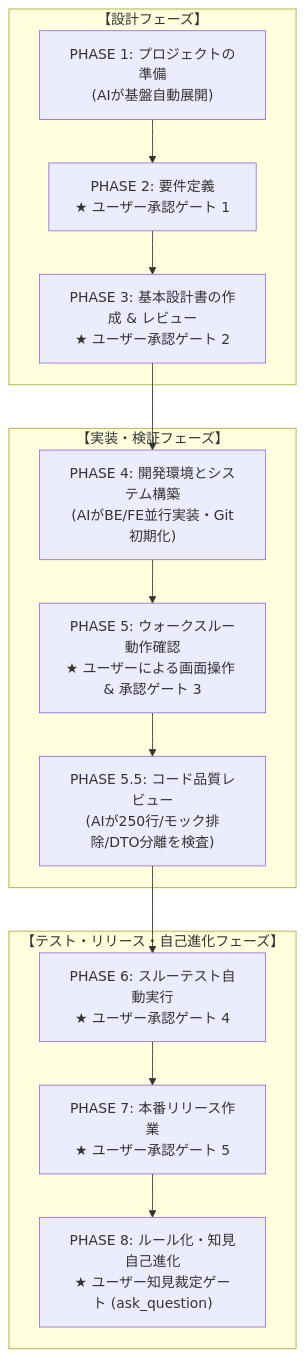
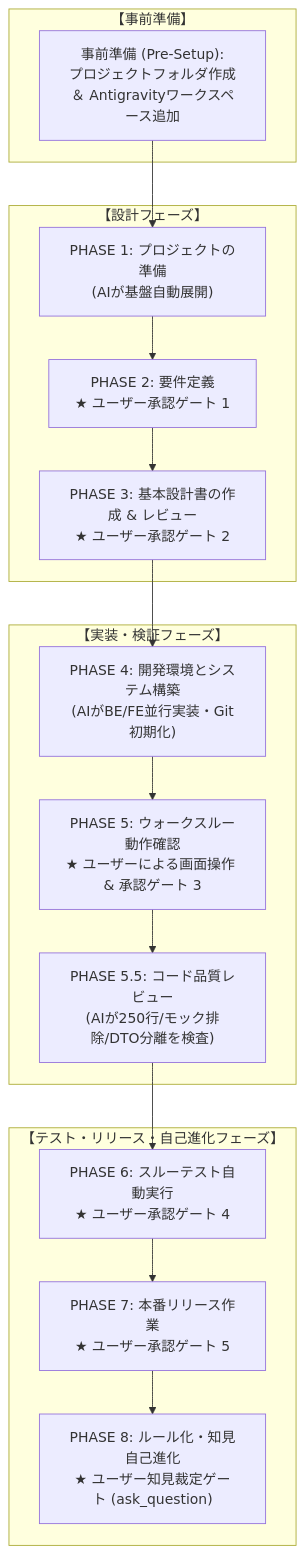
Before and after one commit to LeoPanda/template: the first of 2 diagrams in docs/設計書/Current/AI駆動システム開発手順書V2.4.md, drawn with Mermaid. The commit also changed other lines of this file and 4 other files, not shown here.

````diff
--- a/docs/設計書/Current/AI駆動システム開発手順書V2.4.md
+++ b/docs/設計書/Current/AI駆動システム開発手順書V2.4.md
@@ -41,22 +41,26 @@
 ```mermaid
 flowchart TD
+    subgraph P0_Sub["【事前準備】"]
+        P0["事前準備 (Pre-Setup):<br/>プロジェクトフォルダ作成<br/>＆ Antigravityワークスペース追加"]
+    end
+
     subgraph P1_3["【設計フェーズ】"]
         P1["PHASE 1: プロジェクトの準備<br/>(AIが基盤自動展開)"]
         P2["PHASE 2: 要件定義<br/>★ ユーザー承認ゲート 1"]
         P3["PHASE 3: 基本設計書の作成 & レビュー<br/>★ ユーザー承認ゲート 2"]
     end
 
     subgraph P4_5["【実装・検証フェーズ】"]
         P4["PHASE 4: 開発環境とシステム構築<br/>(AIがBE/FE並行実装・Git初期化)"]
         P5["PHASE 5: ウォークスルー動作確認<br/>★ ユーザーによる画面操作 & 承認ゲート 3"]
         P55["PHASE 5.5: コード品質レビュー<br/>(AIが250行/モック排除/DTO分離を検査)"]
     end
 
     subgraph P6_8["【テスト・リリース・自己進化フェーズ】"]
         P6["PHASE 6: スルーテスト自動実行<br/>★ ユーザー承認ゲート 4"]
         P7["PHASE 7: 本番リリース作業<br/>★ ユーザー承認ゲート 5"]
         P8["PHASE 8: ルール化・知見自己進化<br/>★ ユーザー知見裁定ゲート (ask_question)"]
     end
 
-    P1 --> P2 --> P3 --> P4 --> P5 --> P55 --> P6 --> P7 --> P8
+    P0 --> P1 --> P2 --> P3 --> P4 --> P5 --> P55 --> P6 --> P7 --> P8
 ```
````
